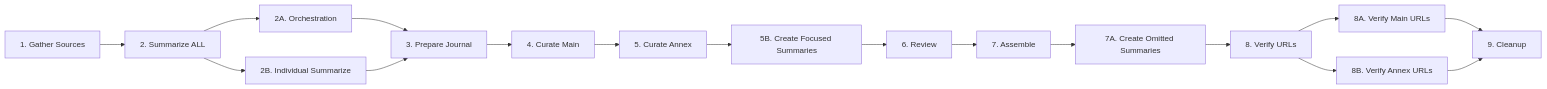
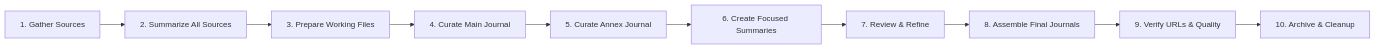
Before and after one commit to beijaflor/gen-ai-journal: the diagram in README.md, drawn with Mermaid. The commit also changed other lines of this file and 16 other files, not shown here.

````diff
--- a/README.md
+++ b/README.md
@@ -9,19 +9,12 @@
 ```mermaid
 graph LR
-    A[1. Gather Sources] --> B[2. Summarize ALL]
-    B --> B1[2A. Orchestration]
-    B --> B2[2B. Individual Summarize]
-    B1 --> C[3. Prepare Journal]
-    B2 --> C
-    C --> D[4. Curate Main]
-    D --> E[5. Curate Annex]
-    E --> F[5B. Create Focused Summaries]
-    F --> G[6. Review]
-    G --> H[7. Assemble]
-    H --> H1[7A. Create Omitted Summaries]
-    H1 --> I[8. Verify URLs]
-    I --> I1[8A. Verify Main URLs]
-    I --> I2[8B. Verify Annex URLs]
-    I1 --> J[9. Cleanup]
-    I2 --> J
+    A[1. Gather Sources] --> B[2. Summarize All Sources]
+    B --> C[3. Prepare Working Files]
+    C --> D[4. Curate Main Journal]
+    D --> E[5. Curate Annex Journal]
+    E --> F[6. Create Focused Summaries]
+    F --> G[7. Review & Refine]
+    G --> H[8. Assemble Final Journals]
+    H --> I[9. Verify URLs & Quality]
+    I --> J[10. Archive & Cleanup]
 ```
````
